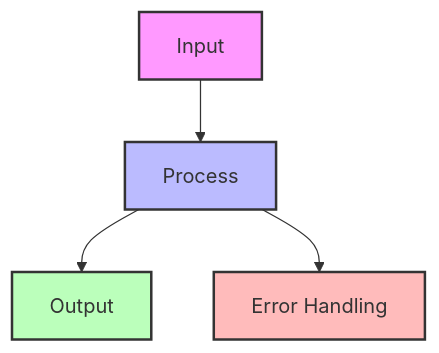
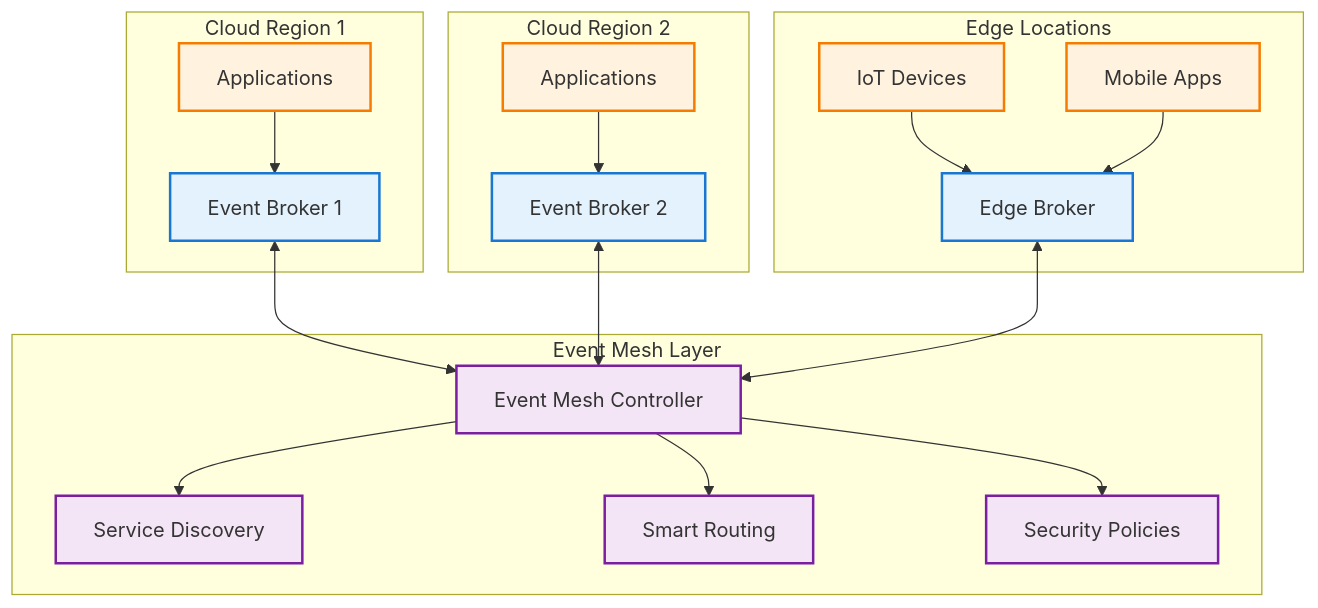
Before and after one commit to deepaucksharma/DStudio: the fifth of 5 diagrams in docs/pattern-library/architecture/event-driven.md, drawn with Mermaid. The commit also changed other lines of this file and 4 other files, not shown here.

````diff
--- a/docs/pattern-library/architecture/event-driven.md
+++ b/docs/pattern-library/architecture/event-driven.md
@@ -549,11 +393,45 @@
 ```mermaid
-graph TD
-    A[Input] --> B[Process]
-    B --> C[Output]
-    B --> D[Error Handling]
+graph TB
+    subgraph "Cloud Region 1"
+        EB1[Event Broker 1]
+        APP1[Applications]
+        APP1 --> EB1
+    end
     
-    style A fill:#f9f,stroke:#333,stroke-width:2px
-    style B fill:#bbf,stroke:#333,stroke-width:2px
-    style C fill:#bfb,stroke:#333,stroke-width:2px
-    style D fill:#fbb,stroke:#333,stroke-width:2px
+    subgraph "Cloud Region 2"
+        EB2[Event Broker 2]
+        APP2[Applications]
+        APP2 --> EB2
+    end
+    
+    subgraph "Edge Locations"
+        EB3[Edge Broker]
+        IOT[IoT Devices]
+        MOBILE[Mobile Apps]
+        IOT --> EB3
+        MOBILE --> EB3
+    end
+    
+    subgraph "Event Mesh Layer"
+        MESH[Event Mesh Controller]
+        DISCOVERY[Service Discovery]
+        ROUTING[Smart Routing]
+        SECURITY[Security Policies]
+    end
+    
+    EB1 <--> MESH
+    EB2 <--> MESH
+    EB3 <--> MESH
+    
+    MESH --> DISCOVERY
+    MESH --> ROUTING
+    MESH --> SECURITY
+    
+    classDef broker fill:#e3f2fd,stroke:#1976d2,stroke-width:2px
+    classDef app fill:#fff3e0,stroke:#f57c00,stroke-width:2px
+    classDef mesh fill:#f3e5f5,stroke:#7b1fa2,stroke-width:2px
+    
+    class EB1,EB2,EB3 broker
+    class APP1,APP2,IOT,MOBILE app
+    class MESH,DISCOVERY,ROUTING,SECURITY mesh
 ```
````
